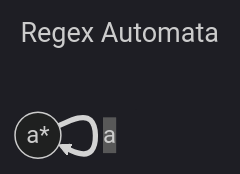
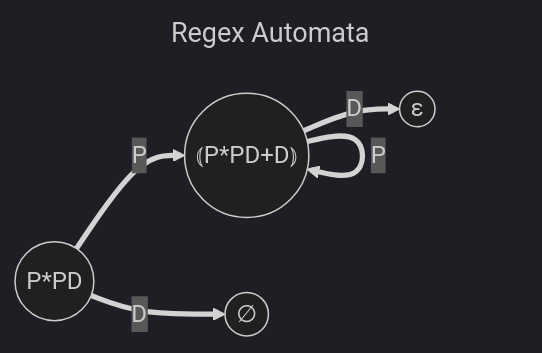
One commit to Achtuur/scope-graph changed the diagram in scope-graph/regex_automata.mmd. Above: the diagram before and after it, drawn with Mermaid (dark theme). The commit also changed 23 other files, not shown here.

```diff
--- a/scope-graph/regex_automata.mmd
+++ b/scope-graph/regex_automata.mmd
@@ -1,6 +1,12 @@
 ---
 title: Regex Automata
 ---
 flowchart LR
-13646096770106105413((a*))
-13646096770106105413 ==>|"a"| 13646096770106105413
+0((P*PD))
+1((⦅P*PD+D⦆))
+2((∅))
+3((ε))
+0 ==>|"P"| 1
+0 ==>|"D"| 2
+1 ==>|"P"| 1
+1 ==>|"D"| 3
```
